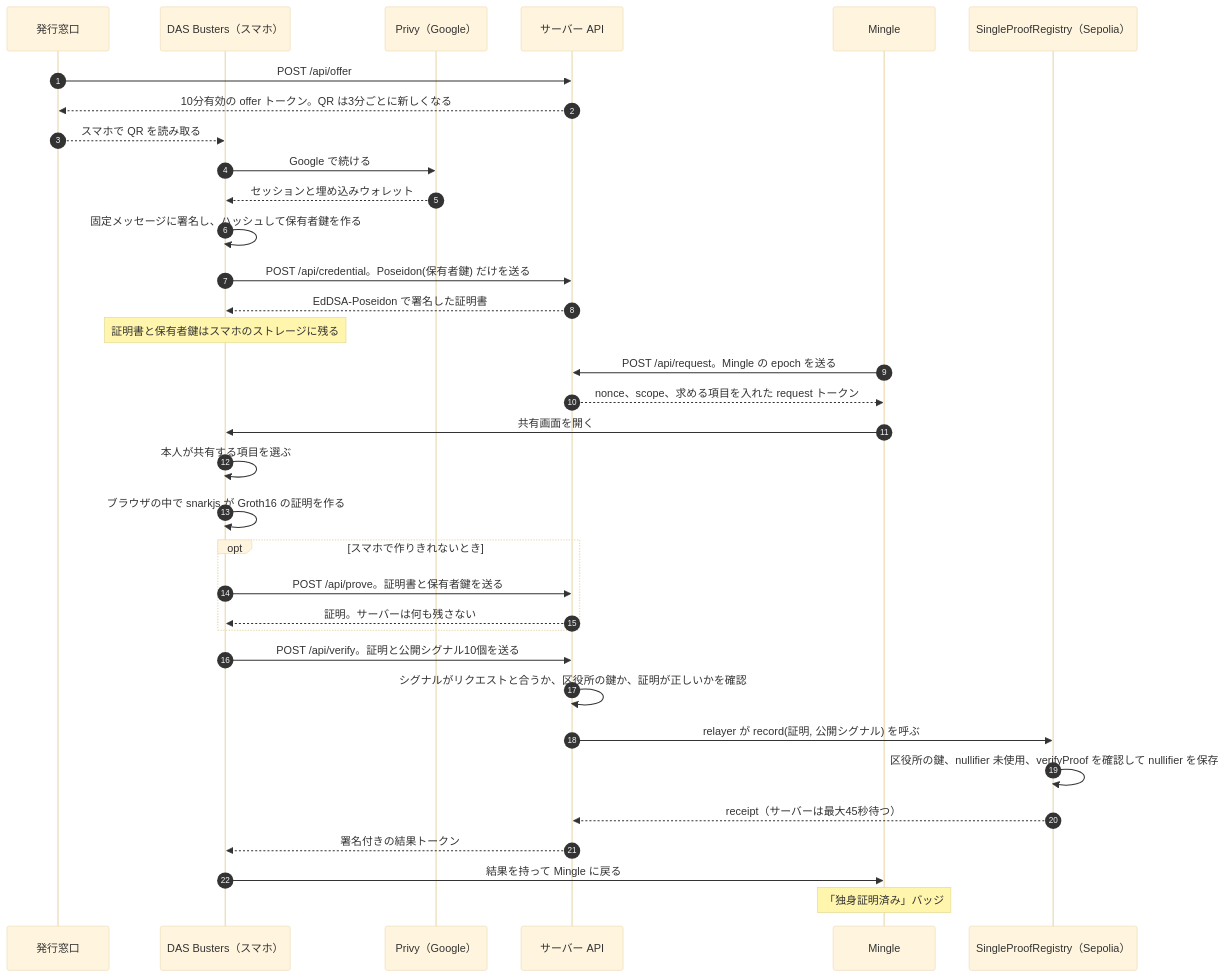
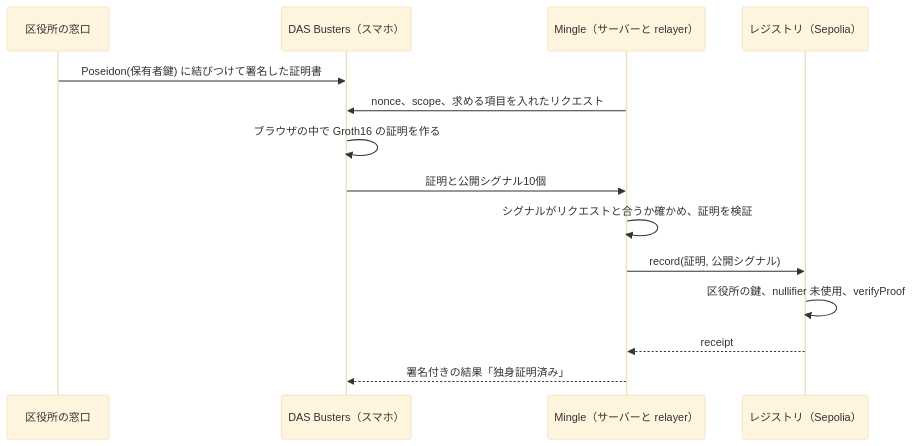
The diagram in README.ja.md (CobaltSato/das-busters), drawn with Mermaid (base theme) before and after one commit. The commit also changed other lines of this file and 3 other files, not shown here.

````diff
--- a/README.ja.md
+++ b/README.ja.md
@@ -151,37 +27,16 @@
 ```mermaid
 sequenceDiagram
-  autonumber
-  participant C as 発行窓口
+  participant C as 区役所の窓口
   participant W as DAS Busters（スマホ）
-  participant P as Privy（Google）
-  participant S as サーバー API
-  participant M as Mingle
-  participant R as SingleProofRegistry（Sepolia）
-
-  C->>S: POST /api/offer
-  S-->>C: 10分有効の offer トークン。QR は3分ごとに新しくなる
-  C-->>W: スマホで QR を読み取る
-  W->>P: Google で続ける
-  P-->>W: セッションと埋め込みウォレット
-  W->>W: 固定メッセージに署名し、ハッシュして保有者鍵を作る
-  W->>S: POST /api/credential。Poseidon(保有者鍵) だけを送る
-  S-->>W: EdDSA-Poseidon で署名した証明書
-  Note over W: 証明書と保有者鍵はスマホのストレージに残る
-  M->>S: POST /api/request。Mingle の epoch を送る
-  S-->>M: nonce、scope、求める項目を入れた request トークン
-  M->>W: 共有画面を開く
-  W->>W: 本人が共有する項目を選ぶ
-  W->>W: ブラウザの中で snarkjs が Groth16 の証明を作る
-  opt スマホで作りきれないとき
-    W->>S: POST /api/prove。証明書と保有者鍵を送る
-    S-->>W: 証明。サーバーは何も残さない
-  end
-  W->>S: POST /api/verify。証明と公開シグナル10個を送る
-  S->>S: シグナルがリクエストと合うか、区役所の鍵か、証明が正しいかを確認
-  S->>R: relayer が record(証明, 公開シグナル) を呼ぶ
-  R->>R: 区役所の鍵、nullifier 未使用、verifyProof を確認して nullifier を保存
-  R-->>S: receipt（サーバーは最大45秒待つ）
-  S-->>W: 署名付きの結果トークン
-  W->>M: 結果を持って Mingle に戻る
-  Note over M: 「独身証明済み」バッジ
+  participant M as Mingle（サーバーと relayer）
+  participant R as レジストリ（Sepolia）
+  C->>W: Poseidon(保有者鍵) に結びつけて署名した証明書
+  M->>W: nonce、scope、求める項目を入れたリクエスト
+  W->>W: ブラウザの中で Groth16 の証明を作る
+  W->>M: 証明と公開シグナル10個
+  M->>M: シグナルがリクエストと合うか確かめ、証明を検証
+  M->>R: record(証明, 公開シグナル)
+  R->>R: 区役所の鍵、nullifier 未使用、verifyProof
+  R-->>M: receipt
+  M-->>W: 署名付きの結果「独身証明済み」
 ```
````
